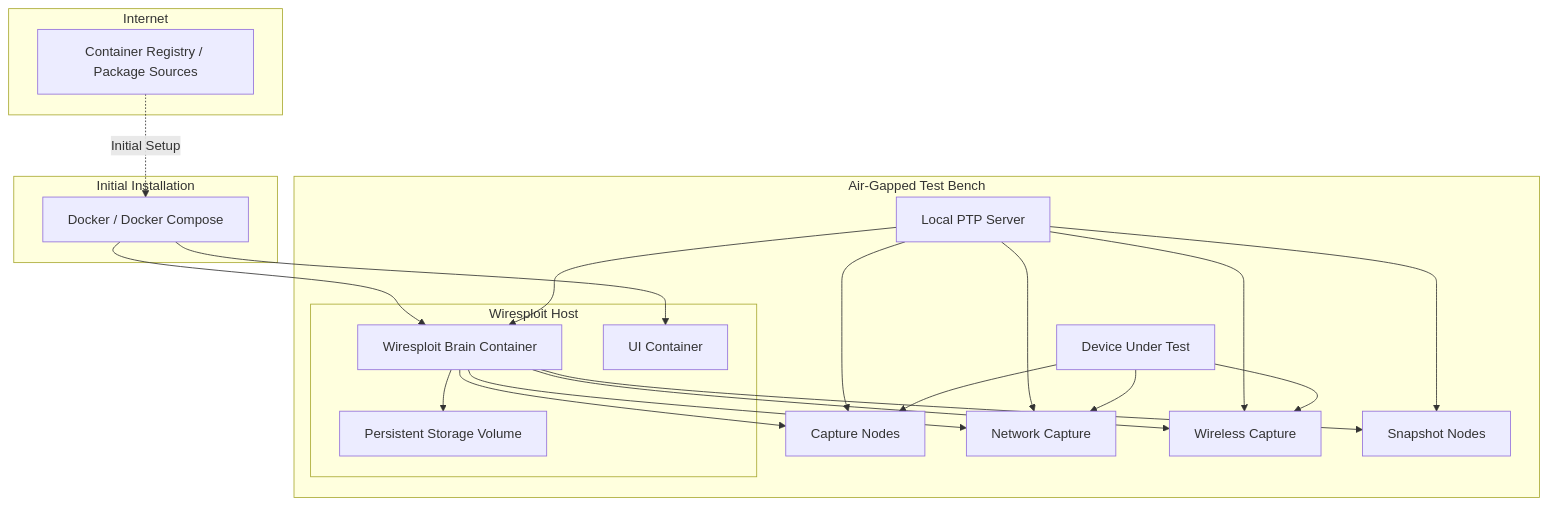
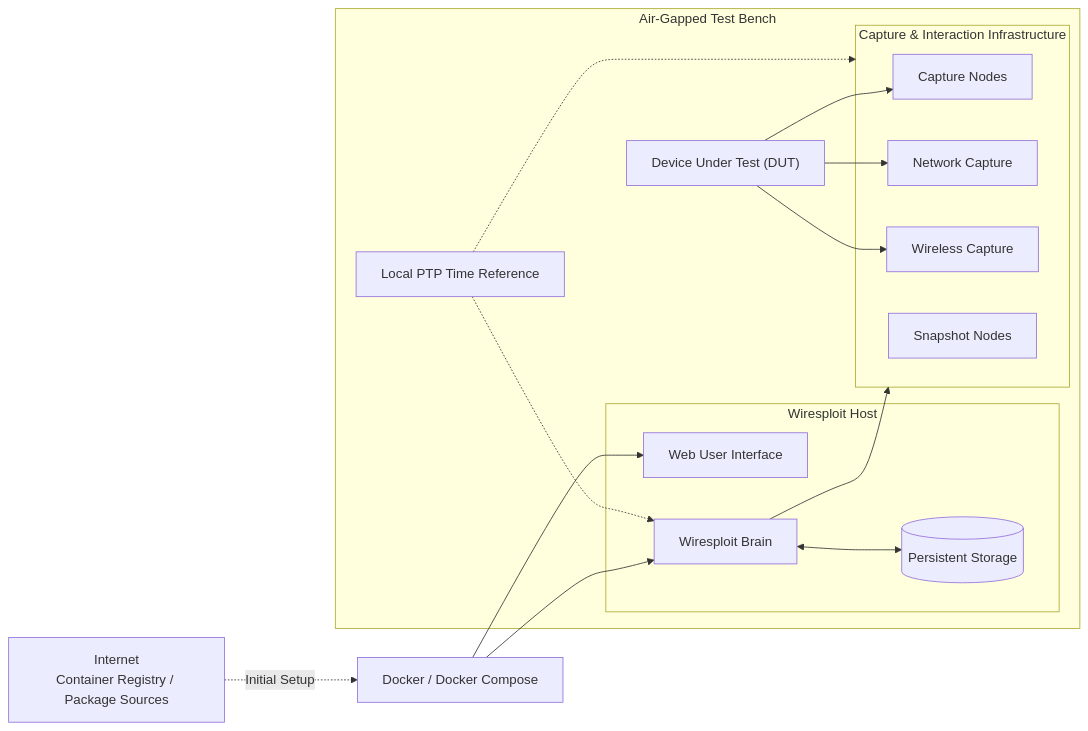
Diagram 13 of 15 in docs/01_Requirements/01_SysRS/05_System_Architecture.md (EG-ETCS/wiresploit), drawn with Mermaid before and after one commit. The commit also changed other lines of this file, not shown here.

Commit message:
Refactor system architecture diagrams:

````diff
--- a/docs/01_Requirements/01_SysRS/05_System_Architecture.md
+++ b/docs/01_Requirements/01_SysRS/05_System_Architecture.md
@@ -674,55 +674,49 @@
 ```mermaid
-flowchart TB
+flowchart LR
 
-    subgraph Internet["Internet"]
-        Registry["Container Registry / Package Sources"]
-    end
+    %% Initial Installation
+    Internet["Internet<br/>Container Registry / Package Sources"]
+    Docker["Docker / Docker Compose"]
 
-    subgraph Installation["Initial Installation"]
-        Docker["Docker / Docker Compose"]
-    end
-
+    %% Air-Gapped Test Bench
     subgraph AirGap["Air-Gapped Test Bench"]
 
         subgraph Host["Wiresploit Host"]
-            Brain["Wiresploit Brain Container"]
-            UI["UI Container"]
-            Storage["Persistent Storage Volume"]
+            UI["Web User Interface"]
+            Brain["Wiresploit Brain"]
+            Storage[("Persistent Storage")]
         end
 
-        Time["Local PTP Server"]
+        Time["Local PTP Time Reference"]
 
-        Capture["Capture Nodes"]
+        subgraph CaptureInfrastructure["Capture & Interaction Infrastructure"]
+            Capture["Capture Nodes"]
+            Network["Network Capture"]
+            Wireless["Wireless Capture"]
+            Snapshot["Snapshot Nodes"]
+        end
 
-        Network["Network Capture"]
+        DUT["Device Under Test (DUT)"]
 
-        Wireless["Wireless Capture"]
-
-        Snapshot["Snapshot Nodes"]
-
-        DUT["Device Under Test"]
     end
 
-    Registry -. "Initial Setup" .-> Docker
-
+    %% Installation
+    Internet -. "Initial Setup" .-> Docker
     Docker --> Brain
     Docker --> UI
 
-    Brain --> Storage
+    %% Storage
+    Brain <--> Storage
 
-    Time --> Brain
-    Time --> Capture
-    Time --> Network
-    Time --> Wireless
-    Time --> Snapshot
+    %% Core Connections
+    Brain --> CaptureInfrastructure
 
+    %% DUT Connections
     DUT --> Capture
     DUT --> Network
     DUT --> Wireless
 
-    Brain --> Capture
-    Brain --> Network
-    Brain --> Wireless
-
-    Brain --> Snapshot
+    %% Time Synchronization
+    Time -.-> Brain
+    Time -.-> CaptureInfrastructure
 ```
````
